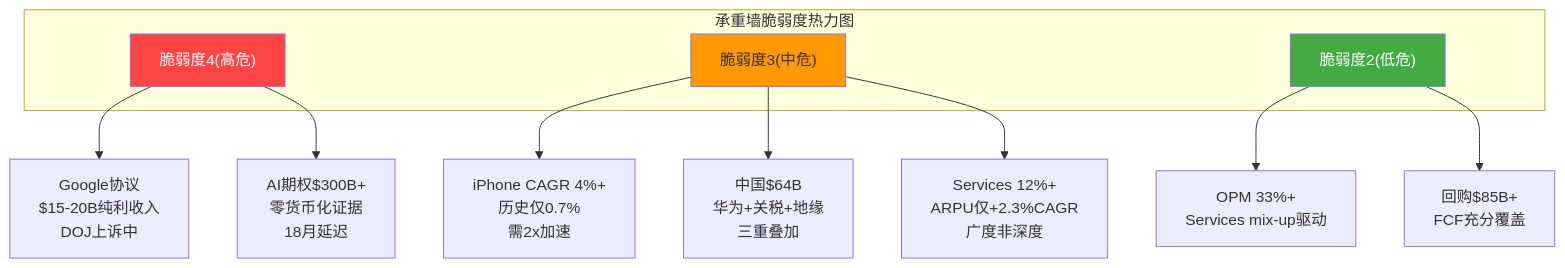
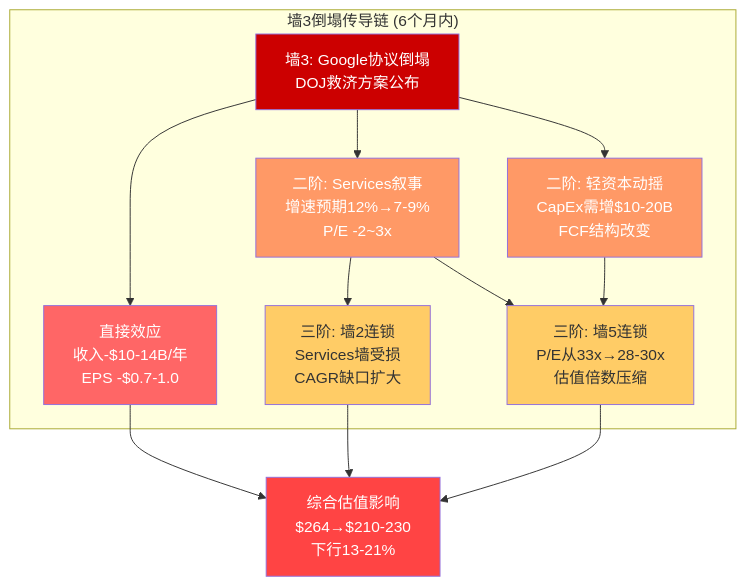
One commit to miltonnewyork25-afk/investment-master changed the first of 6 diagrams in reports/AAPL/staging/AAPL_P4_RedTeam.md. Above: the diagram before and after it, drawn with Mermaid. The commit also changed other lines of this file, not shown here.

````diff
--- a/reports/AAPL/staging/AAPL_P4_RedTeam.md
+++ b/reports/AAPL/staging/AAPL_P4_RedTeam.md
@@ -32,22 +66,31 @@
 ```mermaid
 graph TD
-    subgraph "承重墙脆弱度热力图"
-        HIGH["脆弱度4(高危)"]
-        MED["脆弱度3(中危)"]
-        LOW["脆弱度2(低危)"]
+    subgraph "墙3倒塌传导链 (6个月内)"
+        W3["墙3: Google协议倒塌<br/>DOJ救济方案公布"]
+
+        D1["直接效应<br/>收入-$10-14B/年<br/>EPS -$0.7-1.0"]
+        D2["二阶: Services叙事<br/>增速预期12%→7-9%<br/>P/E -2~3x"]
+        D3["二阶: 轻资本动摇<br/>CapEx需增$10-20B<br/>FCF结构改变"]
+        D4["三阶: 墙2连锁<br/>Services墙受损<br/>CAGR缺口扩大"]
+        D5["三阶: 墙5连锁<br/>P/E从33x→28-30x<br/>估值倍数压缩"]
     end
 
-    HIGH --> G["Google协议<br/>$15-20B纯利收入<br/>DOJ上诉中"]
-    HIGH --> AI["AI期权$300B+<br/>零货币化证据<br/>18月延迟"]
+    W3 --> D1
+    W3 --> D2
+    W3 --> D3
+    D2 --> D4
+    D2 --> D5
+    D3 --> D5
 
-    MED --> IP["iPhone CAGR 4%+<br/>历史仅0.7%<br/>需2x加速"]
-    MED --> CN["中国$64B<br/>华为+关税+地缘<br/>三重叠加"]
-    MED --> SV["Services 12%+<br/>ARPU仅+2.3%CAGR<br/>广度非深度"]
+    D1 --> Impact["综合估值影响<br/>$264→$210-230<br/>下行13-21%"]
+    D4 --> Impact
+    D5 --> Impact
 
-    LOW --> OP["OPM 33%+<br/>Services mix-up驱动"]
-    LOW --> BB["回购$85B+<br/>FCF充分覆盖"]
-
-    style HIGH fill:#ff4444,color:#fff
-    style MED fill:#ff9900
-    style LOW fill:#44aa44,color:#fff
+    style W3 fill:#cc0000,color:#fff
+    style D1 fill:#ff6666,color:#fff
+    style D2 fill:#ff9966,color:#fff
+    style D3 fill:#ff9966,color:#fff
+    style D4 fill:#ffcc66,color:#333
+    style D5 fill:#ffcc66,color:#333
+    style Impact fill:#ff4444,color:#fff
 ```
````
